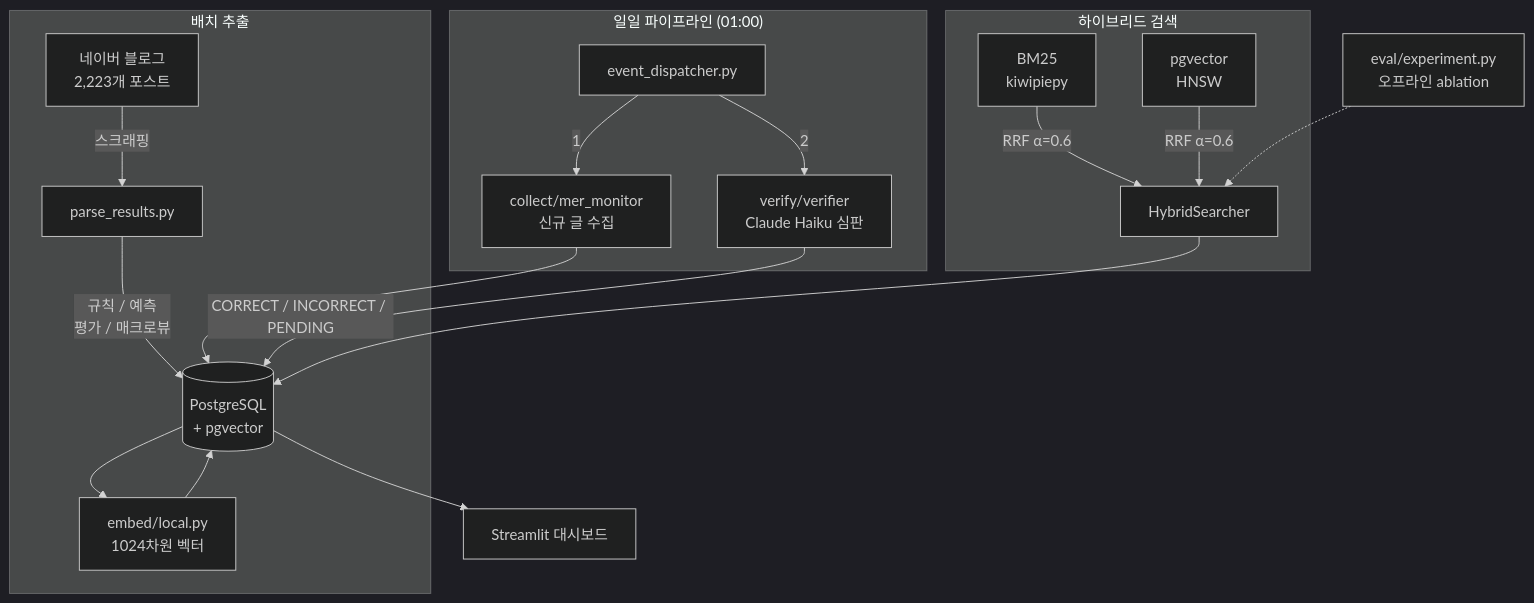
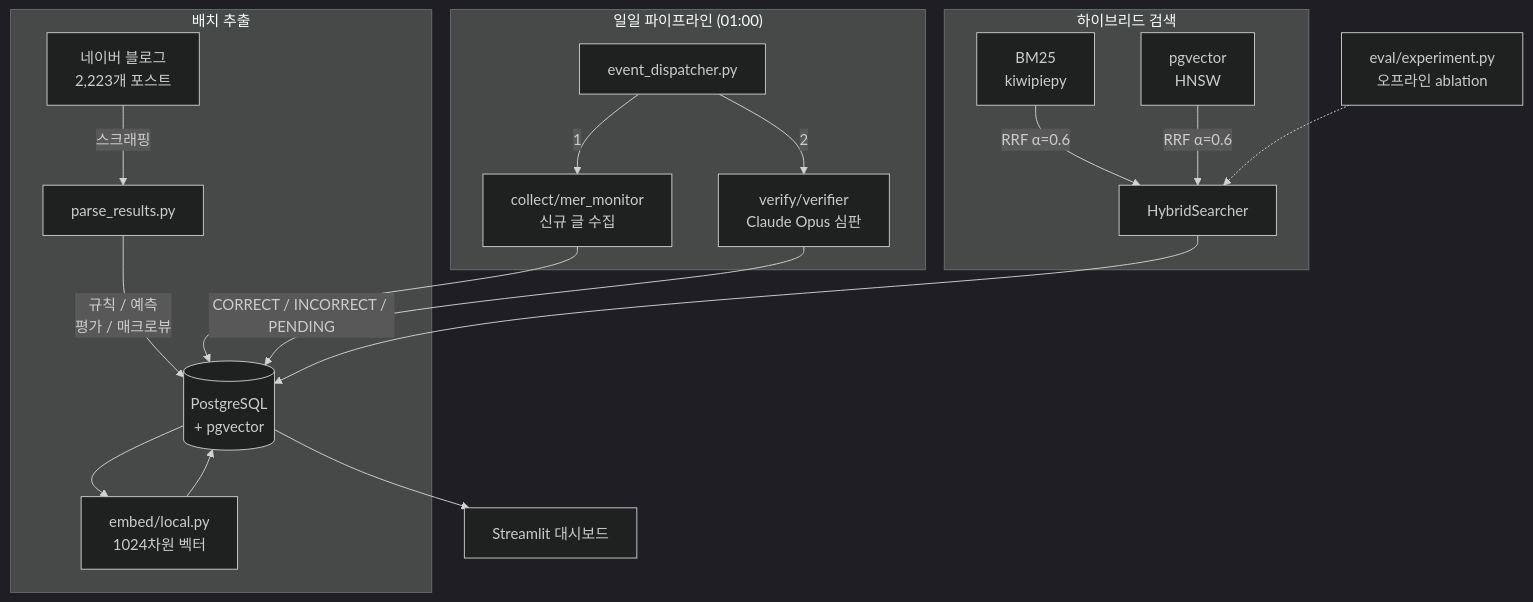
One commit to 11e3/mer-insight-pipeline changed the diagram in README_KR.md. Above: the diagram before and after it, drawn with Mermaid (dark theme). The commit also changed other lines of this file and 6 other files, not shown here.

First line of the commit message:
Switch prediction verifier from Haiku to Opus 4.6

````diff
--- a/README_KR.md
+++ b/README_KR.md
@@ -13,26 +13,26 @@
 ```mermaid
 flowchart TD
     subgraph 배치 추출
         A[네이버 블로그<br>2,223개 포스트] -->|스크래핑| B[parse_results.py]
         B -->|규칙 / 예측<br>평가 / 매크로뷰| C[(PostgreSQL<br>+ pgvector)]
         C --> EMB[embed/local.py<br>1024차원 벡터]
         EMB --> C
     end
 
     subgraph "일일 파이프라인 (01:00)"
         ED[event_dispatcher.py] -->|1| MER[collect/mer_monitor<br>신규 글 수집]
-        ED -->|2| PV[verify/verifier<br>Claude Haiku 심판]
+        ED -->|2| PV[verify/verifier<br>Claude Opus 심판]
         MER --> C
         PV -->|CORRECT / INCORRECT / PENDING| C
     end
 
     subgraph 하이브리드 검색
         HS1[BM25<br>kiwipiepy] & HS2[pgvector<br>HNSW] -->|RRF α=0.6| HS3[HybridSearcher]
     end
 
     HS3 --> C
 
     C --> Q[Streamlit 대시보드]
 
     EV[eval/experiment.py<br>오프라인 ablation] -.-> HS3
 ```
````
